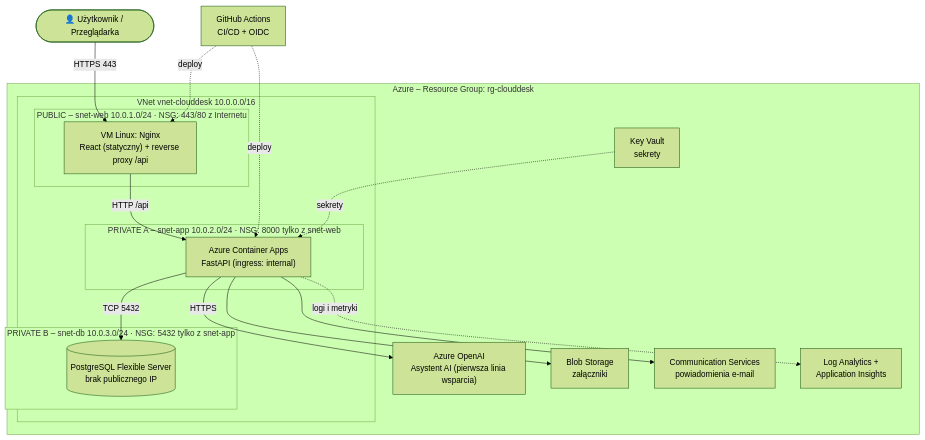
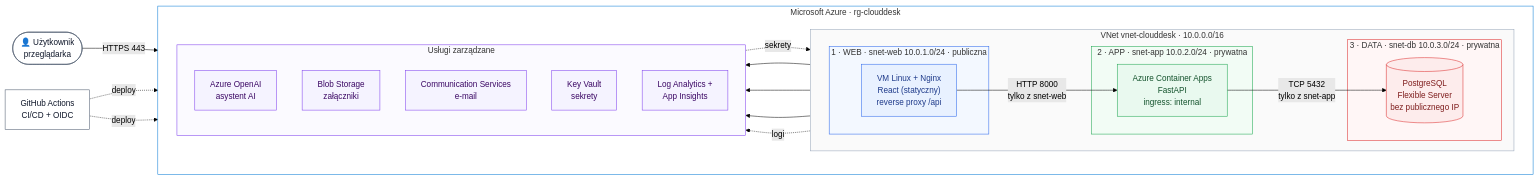
One commit to qubit-mindless/clouddesk changed the diagram in README.md. Above: the diagram before and after it, drawn with Mermaid (forest theme). The commit also changed other lines of this file and 3 other files, not shown here.

Commit message:
Diagram architektury: nowy układ poziomy, eksport PNG i SVG w README (#27)

````diff
--- a/README.md
+++ b/README.md
@@ -65,35 +72,57 @@
 ```mermaid
-flowchart TB
-    user(["👤 Użytkownik / Przeglądarka"])
+flowchart LR
+    user(["👤 Użytkownik<br/>przeglądarka"])
     gh["GitHub Actions<br/>CI/CD + OIDC"]
 
-    subgraph azure["Azure – Resource Group: rg-clouddesk"]
-        subgraph vnet["VNet vnet-clouddesk 10.0.0.0/16"]
-            subgraph web["PUBLIC – snet-web 10.0.1.0/24 · NSG: 443/80 z Internetu"]
-                nginx["VM Linux: Nginx<br/>React (statyczny) + reverse proxy /api"]
+    subgraph azure["Microsoft Azure · rg-clouddesk"]
+        direction LR
+        subgraph vnet["VNet vnet-clouddesk · 10.0.0.0/16"]
+            direction LR
+            subgraph web["1 · WEB · snet-web 10.0.1.0/24 · publiczna"]
+                nginx["VM Linux + Nginx<br/>React (statyczny)<br/>reverse proxy /api"]
             end
-            subgraph app["PRIVATE A – snet-app 10.0.2.0/24 · NSG: 8000 tylko z snet-web"]
-                api["Azure Container Apps<br/>FastAPI (ingress: internal)"]
+            subgraph app["2 · APP · snet-app 10.0.2.0/24 · prywatna"]
+                api["Azure Container Apps<br/>FastAPI<br/>ingress: internal"]
             end
-            subgraph data["PRIVATE B – snet-db 10.0.3.0/24 · NSG: 5432 tylko z snet-app"]
-                db[("PostgreSQL Flexible Server<br/>brak publicznego IP")]
+            subgraph data["3 · DATA · snet-db 10.0.3.0/24 · prywatna"]
+                db[("PostgreSQL<br/>Flexible Server<br/>bez publicznego IP")]
             end
         end
-        ai["Azure OpenAI<br/>Asystent AI (pierwsza linia wsparcia)"]
-        blob["Blob Storage<br/>załączniki"]
-        mail["Communication Services<br/>powiadomienia e-mail"]
-        kv["Key Vault<br/>sekrety"]
-        logs["Log Analytics +<br/>Application Insights"]
+        subgraph services["Usługi zarządzane"]
+            direction TB
+            ai["Azure OpenAI<br/>asystent AI"]
+            blob["Blob Storage<br/>załączniki"]
+            mail["Communication Services<br/>e-mail"]
+            kv["Key Vault<br/>sekrety"]
+            logs["Log Analytics +<br/>App Insights"]
+        end
     end
 
     user -->|"HTTPS 443"| nginx
-    nginx -->|"HTTP /api"| api
-    api -->|"TCP 5432"| db
-    api -->|"HTTPS"| ai
+    nginx -->|"HTTP 8000<br/>tylko z snet-web"| api
+    api -->|"TCP 5432<br/>tylko z snet-app"| db
+    api --> ai
     api --> blob
     api --> mail
-    kv -. sekrety .-> api
-    api -. logi i metryki .-> logs
-    gh -. deploy .-> nginx
-    gh -. deploy .-> api
+    kv -.->|sekrety| api
+    api -.->|logi| logs
+    gh -.->|deploy| nginx
+    gh -.->|deploy| api
+
+    classDef tierWeb fill:#e8f1ff,stroke:#2563eb,color:#1e3a8a
+    classDef tierApp fill:#e9f9ef,stroke:#16a34a,color:#14532d
+    classDef tierDb fill:#fdecec,stroke:#dc2626,color:#7f1d1d
+    classDef svc fill:#f5f3ff,stroke:#7c3aed,color:#3b0764
+    classDef ext fill:#ffffff,stroke:#475569,color:#0f172a
+    class nginx tierWeb
+    class api tierApp
+    class db tierDb
+    class ai,blob,mail,kv,logs svc
+    class user,gh ext
+    style web fill:#f3f8ff,stroke:#2563eb
+    style app fill:#f2fcf5,stroke:#16a34a
+    style data fill:#fff6f6,stroke:#dc2626
+    style vnet fill:#fafafa,stroke:#94a3b8
+    style services fill:#fbfaff,stroke:#7c3aed
+    style azure fill:#ffffff,stroke:#0078d4
 ```
````
